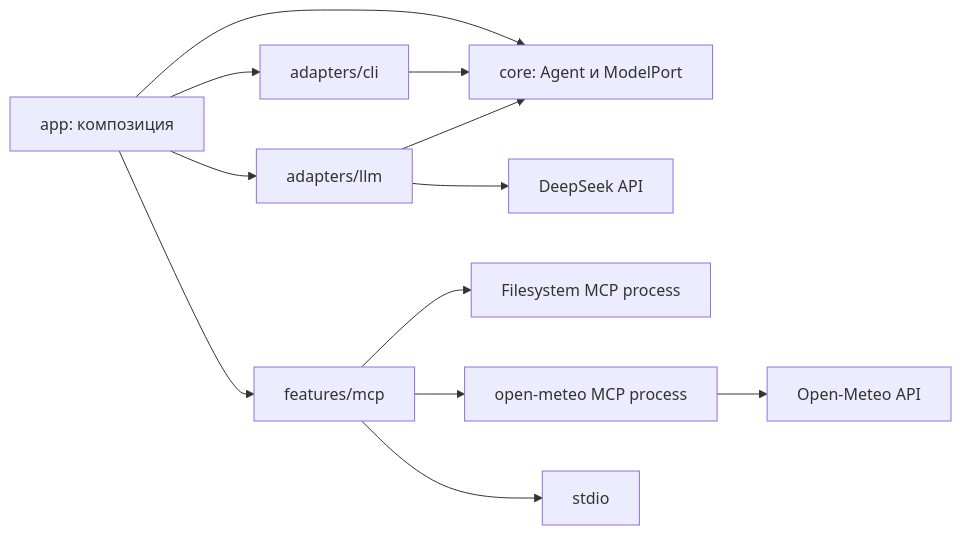
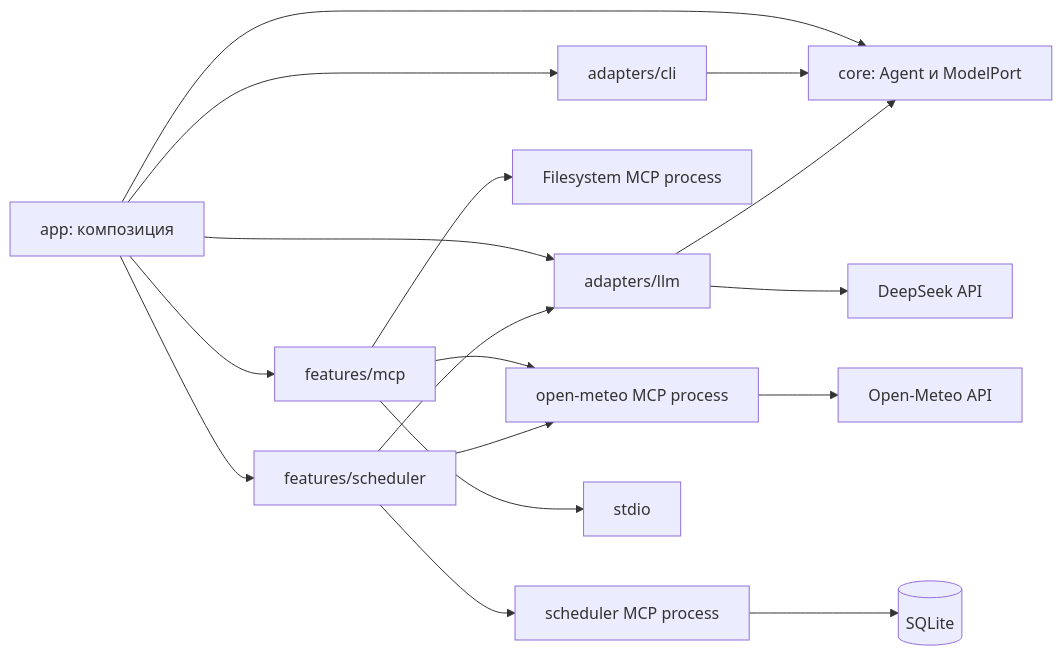
Before and after one commit to maxonmars/mcp-lab: the diagram in ARCHITECTURE.md, drawn with Mermaid. The commit also changed other lines of this file and 110 other files, not shown here.

Commit message:
Add scheduler MCP server and weather scheduler worker

````diff
--- a/ARCHITECTURE.md
+++ b/ARCHITECTURE.md
@@ -11,14 +11,19 @@
 ```mermaid
 flowchart LR
     App[app: композиция] --> Core[core: Agent и ModelPort]
     App --> CLI[adapters/cli]
     App --> LLM[adapters/llm]
     App --> MCP[features/mcp]
+    App --> Sched[features/scheduler]
     CLI --> Core
     LLM --> Core
     LLM --> DeepSeek[DeepSeek API]
     MCP --> Filesystem[Filesystem MCP process]
     MCP --> Weather[open-meteo MCP process]
+    Sched --> Weather
+    Sched --> SchedServer[scheduler MCP process]
+    SchedServer --> SQLite[(SQLite)]
+    Sched --> LLM
     MCP --> Stdio[stdio]
     Weather --> OpenMeteo[Open-Meteo API]
 ```
````
